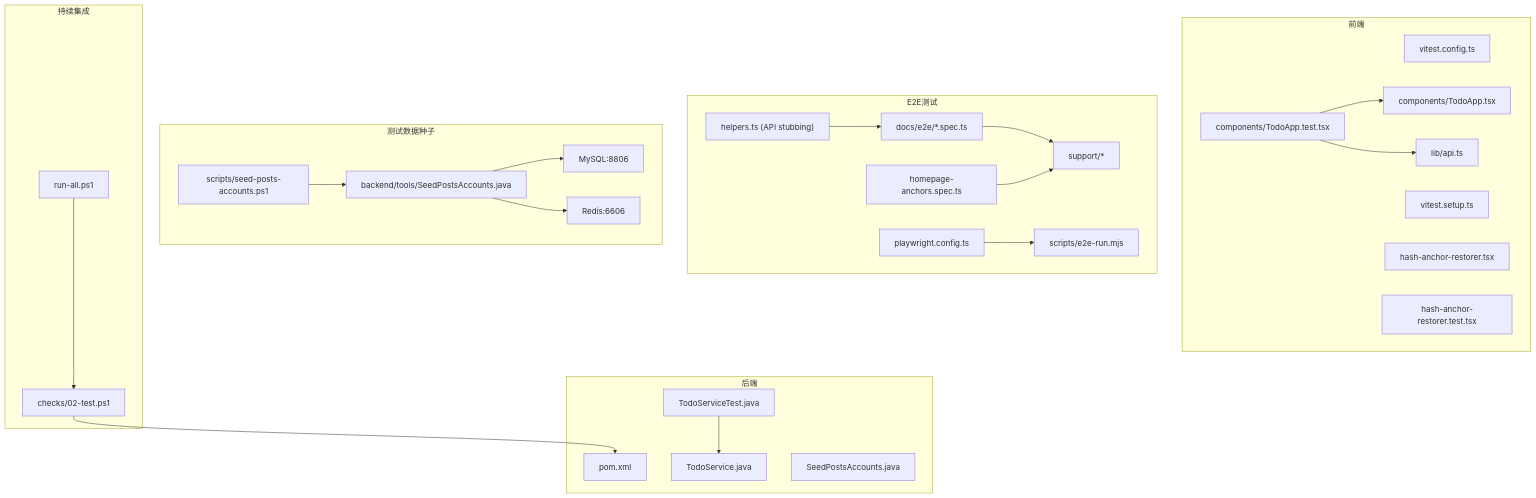
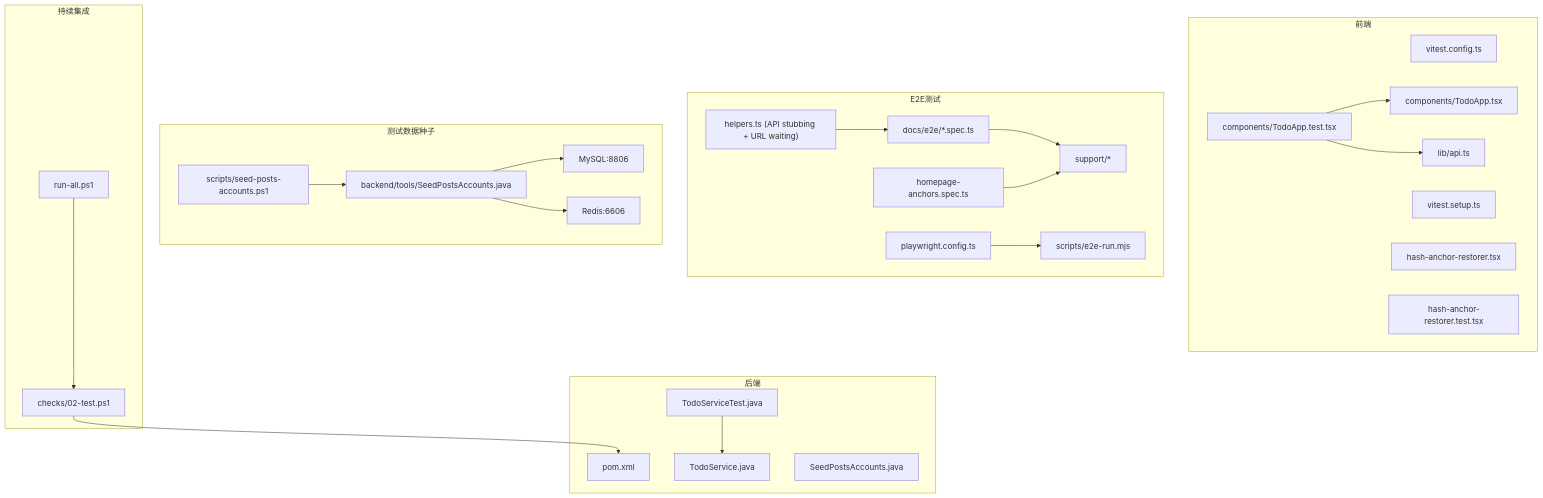
One commit to luyitiger6/my-first-project changed the first of 13 diagrams in .qoder/repowiki/zh/content/测试策略.md. Above: the diagram before and after it, drawn with Mermaid. The commit also changed other lines of this file and 2 other files, not shown here.

````diff
--- a/.qoder/repowiki/zh/content/测试策略.md
+++ b/.qoder/repowiki/zh/content/测试策略.md
@@ -68,48 +73,48 @@
 ```mermaid
 graph TB
 subgraph "后端"
 B_POM["pom.xml"]
 B_Service["TodoService.java"]
 B_Test["TodoServiceTest.java"]
 B_Seed["SeedPostsAccounts.java"]
 end
 subgraph "前端"
 F_Config["vitest.config.ts"]
 F_Setup["vitest.setup.ts"]
 F_Api["lib/api.ts"]
 F_Component["components/TodoApp.tsx"]
 F_Test["components/TodoApp.test.tsx"]
 F_Anchor["hash-anchor-restorer.tsx"]
 F_Anchor_Test["hash-anchor-restorer.test.tsx"]
 end
 subgraph "E2E测试"
 PW_Config["playwright.config.ts"]
 PW_Scripts["scripts/e2e-run.mjs"]
 PW_E2E["docs/e2e/*.spec.ts"]
 PW_Support["support/*"]
 PW_Ancors["homepage-anchors.spec.ts"]
-PW_Helpers["helpers.ts (API stubbing)"]
+PW_Helpers["helpers.ts (API stubbing + URL waiting)"]
 end
 subgraph "测试数据种子"
 PS_Script["scripts/seed-posts-accounts.ps1"]
 JAVA_Seed["backend/tools/SeedPostsAccounts.java"]
 DB["MySQL:8806"]
 Redis["Redis:6606"]
 end
 subgraph "持续集成"
 H_Run["run-all.ps1"]
 H_TestGate["checks/02-test.ps1"]
 end
 B_Test --> B_Service
 F_Test --> F_Component
 F_Test --> F_Api
 PW_E2E --> PW_Support
 PW_Ancors --> PW_Support
 PW_Helpers --> PW_E2E
 PW_Config --> PW_Scripts
 H_Run --> H_TestGate
 H_TestGate --> B_POM
 PS_Script --> JAVA_Seed
 JAVA_Seed --> DB
 JAVA_Seed --> Redis
 ```
````
